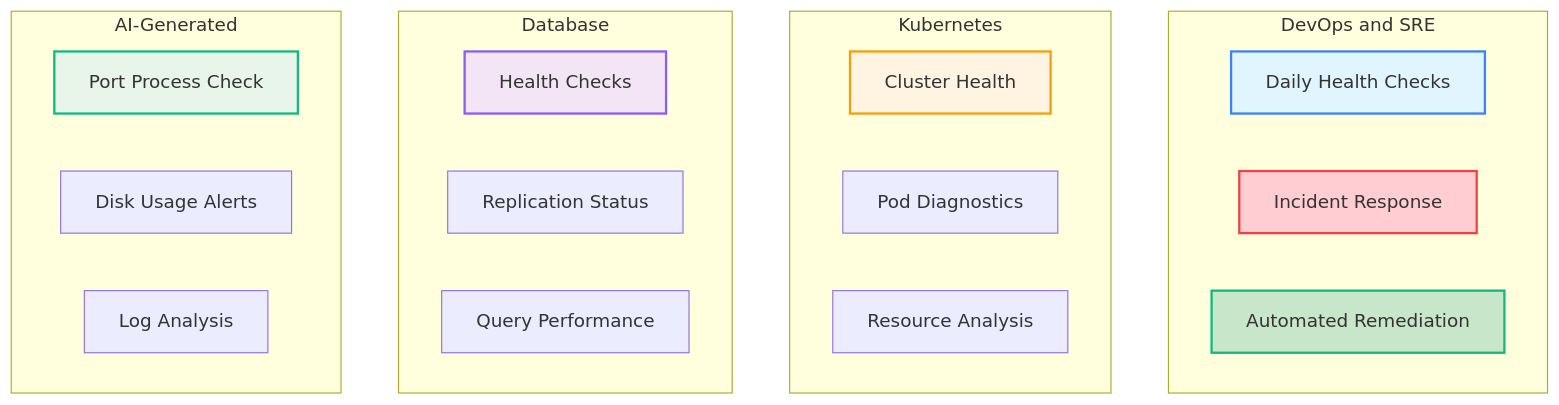
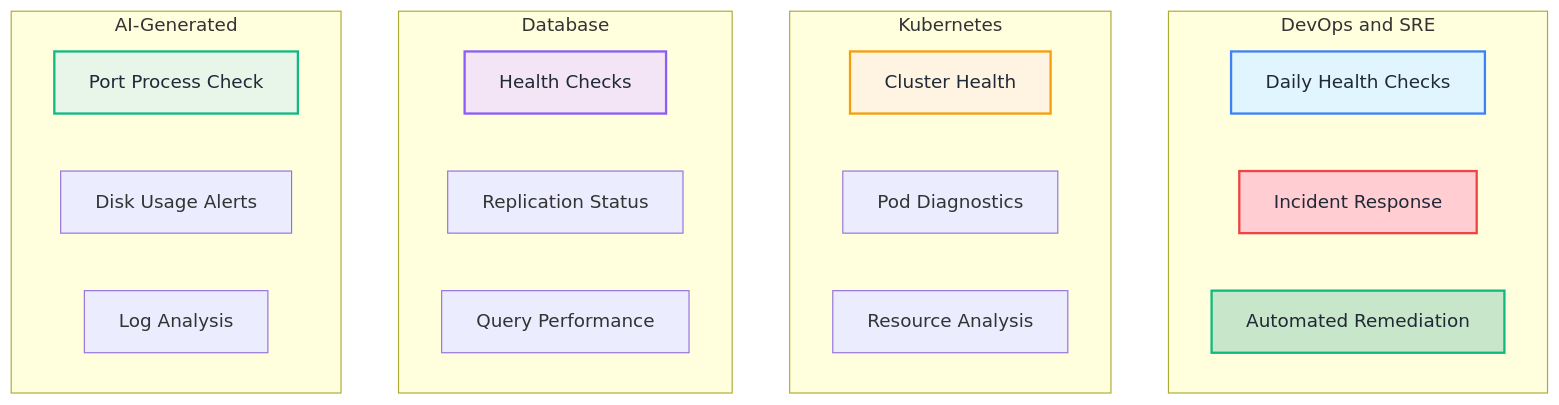
The fifth of 6 diagrams in README.md (mailprak/cortex), drawn with Mermaid before and after one commit. The commit also changed other lines of this file and 3 other files, not shown here.

First line of the commit message:
fix(docs): improve Mermaid diagram text visibility with dark color

````diff
--- a/README.md
+++ b/README.md
@@ -268,33 +268,33 @@
 ```mermaid
 flowchart TB
     subgraph devops["DevOps and SRE"]
         Daily[Daily Health Checks]
         Incident[Incident Response]
         Auto[Automated Remediation]
     end
 
     subgraph k8s["Kubernetes"]
         K8sHealth[Cluster Health]
         PodDebug[Pod Diagnostics]
         Resource[Resource Analysis]
     end
 
     subgraph db["Database"]
         DBHealth[Health Checks]
         Replication[Replication Status]
         Performance[Query Performance]
     end
 
     subgraph ai["AI-Generated"]
         PortCheck[Port Process Check]
         DiskAlert[Disk Usage Alerts]
         LogAnalysis[Log Analysis]
     end
 
-    style Daily fill:#e1f5ff,stroke:#3b82f6,stroke-width:2px
-    style Incident fill:#ffcdd2,stroke:#ef4444,stroke-width:2px
-    style Auto fill:#c8e6c9,stroke:#10b981,stroke-width:2px
-    style K8sHealth fill:#fff4e1,stroke:#f59e0b,stroke-width:2px
-    style DBHealth fill:#f3e5f5,stroke:#8b5cf6,stroke-width:2px
-    style PortCheck fill:#e8f5e9,stroke:#10b981,stroke-width:2px
+    style Daily fill:#e1f5ff,stroke:#3b82f6,stroke-width:2px,color:#1f2937
+    style Incident fill:#ffcdd2,stroke:#ef4444,stroke-width:2px,color:#1f2937
+    style Auto fill:#c8e6c9,stroke:#10b981,stroke-width:2px,color:#1f2937
+    style K8sHealth fill:#fff4e1,stroke:#f59e0b,stroke-width:2px,color:#1f2937
+    style DBHealth fill:#f3e5f5,stroke:#8b5cf6,stroke-width:2px,color:#1f2937
+    style PortCheck fill:#e8f5e9,stroke:#10b981,stroke-width:2px,color:#1f2937
 ```
````
